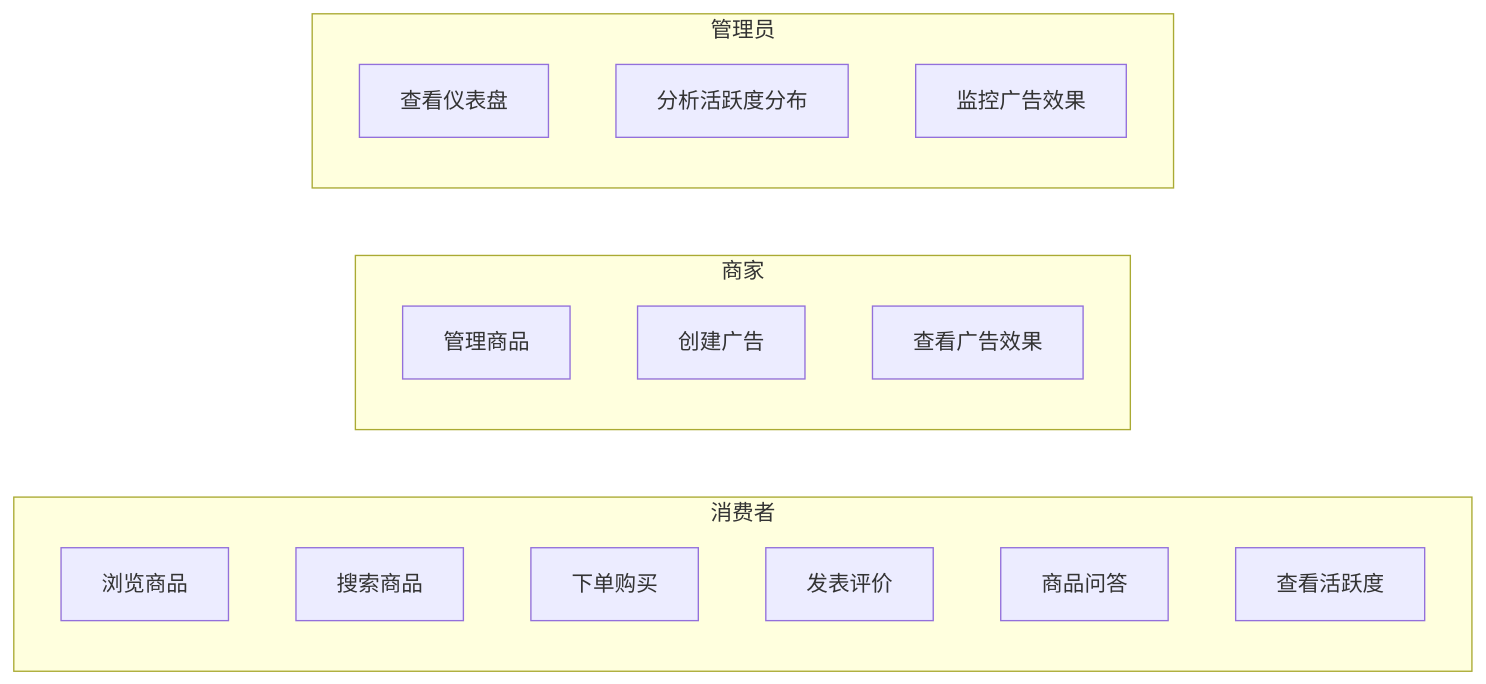
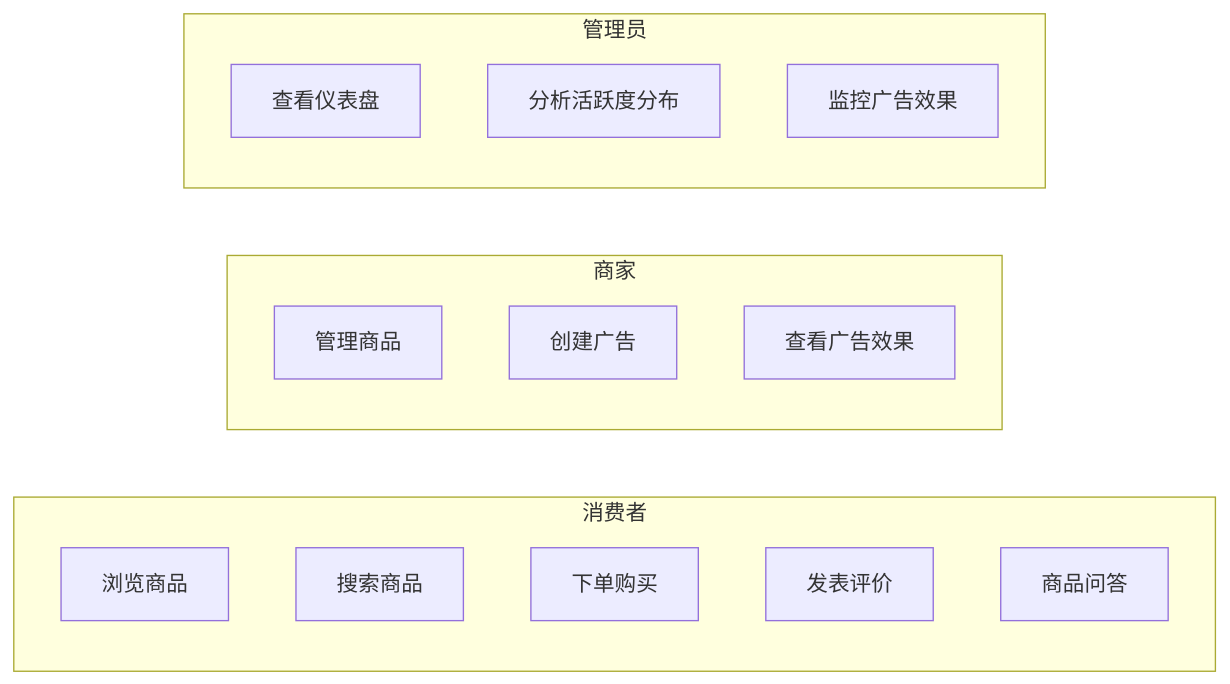
Before and after one commit to kun041011/ecommerce-ad-recommendation-system: the first of 19 diagrams in docs/thesis_restructured.md, drawn with Mermaid. The commit also changed other lines of this file and 3 other files, not shown here.

````diff
--- a/docs/thesis_restructured.md
+++ b/docs/thesis_restructured.md
@@ -80,21 +80,20 @@
 ```mermaid
 graph LR
     subgraph 消费者
         A1[浏览商品]
         A2[搜索商品]
         A3[下单购买]
         A4[发表评价]
         A5[商品问答]
-        A6[查看活跃度]
     end
     subgraph 商家
         B1[管理商品]
         B2[创建广告]
         B3[查看广告效果]
     end
     subgraph 管理员
         C1[查看仪表盘]
         C2[分析活跃度分布]
         C3[监控广告效果]
     end
 ```
````
